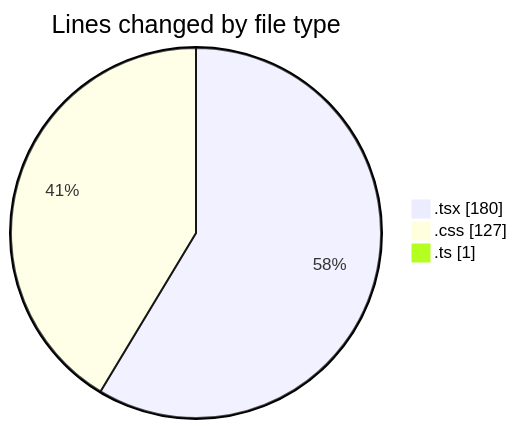
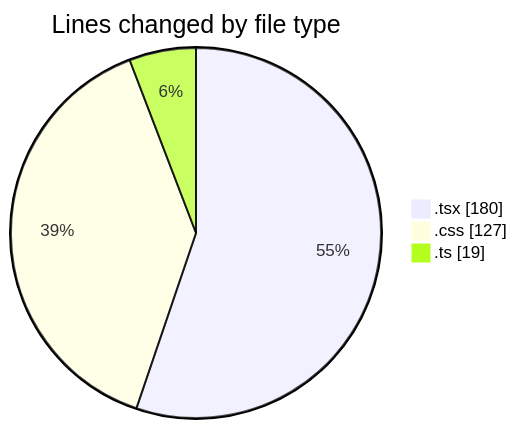
The first of 2 diagrams in 2025-01-09/mbc-web/README.md (robertbonfada/code-tracking), drawn with Mermaid before and after one commit. The commit also changed other lines of this file and 1 other file, not shown here.

````diff
--- a/2025-01-09/mbc-web/README.md
+++ b/2025-01-09/mbc-web/README.md
@@ -29,7 +29,7 @@
 ```mermaid
 pie showData
 title Lines changed by file type
 ".tsx" : 180
 ".css" : 127
-".ts" : 1
+".ts" : 19
 ```
````
